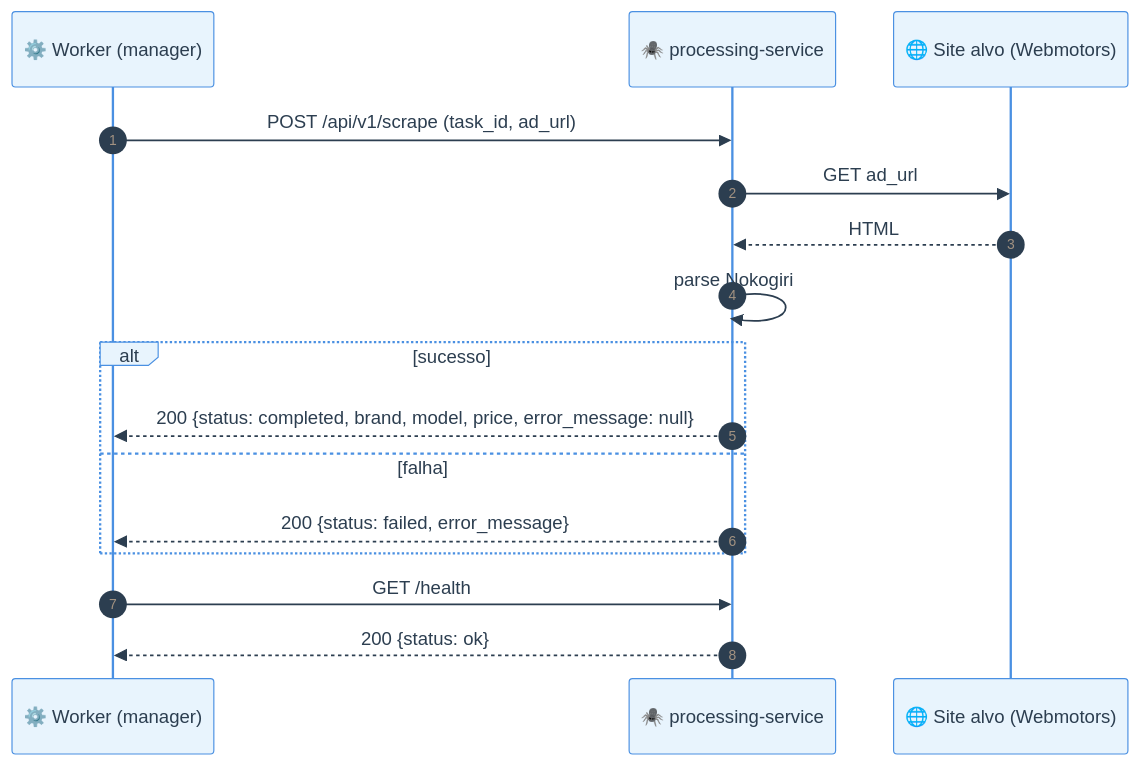
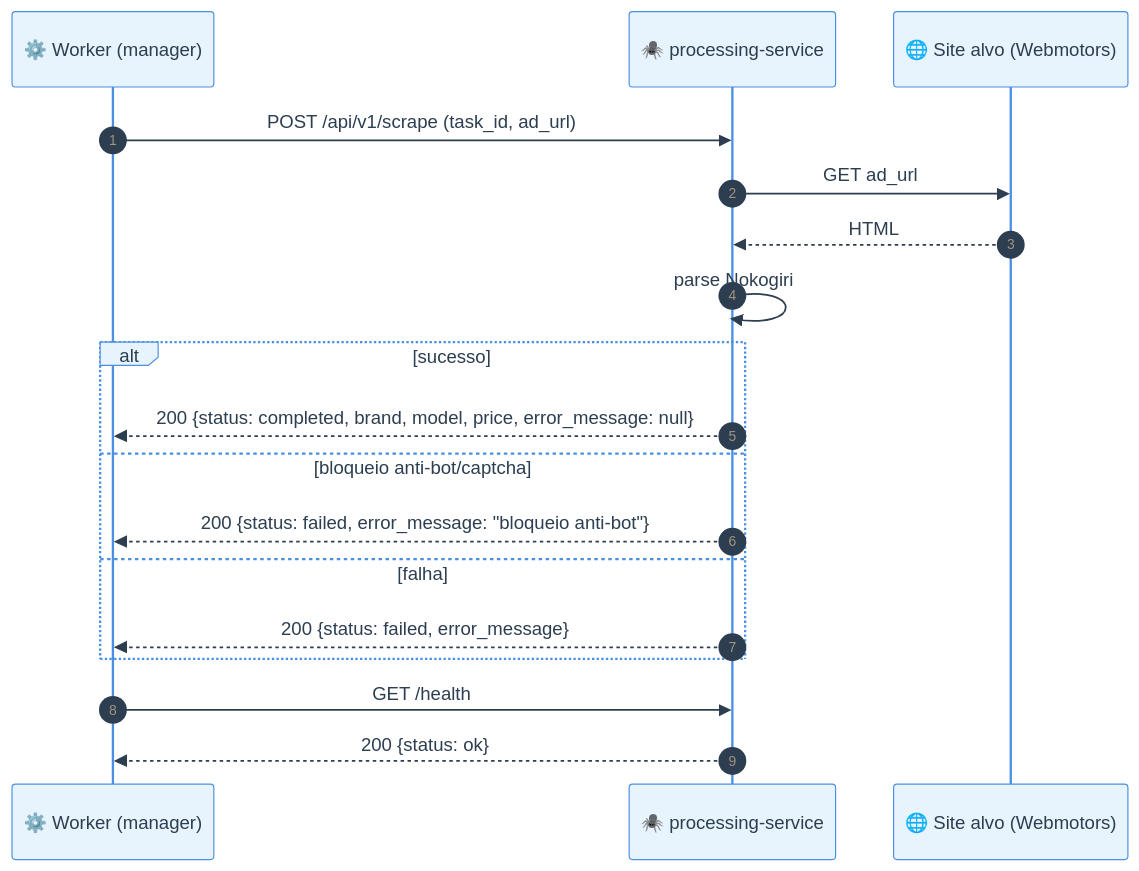
The fifth of 6 diagrams in README.md (enogrob/c2s-webscraping-rails), drawn with Mermaid before and after one commit. The commit also changed other lines of this file, not shown here.

````diff
--- a/README.md
+++ b/README.md
@@ -192,33 +197,35 @@
 ```mermaid
 %%{init: {
 	'theme':'base',
 	'themeVariables': {
 		'primaryColor':'#E8F4FD',
 		'primaryBorderColor':'#4A90E2',
 		'primaryTextColor':'#2C3E50',
 		'secondaryColor':'#F0F8E8',
 		'tertiaryColor':'#FDF2E8',
 		'quaternaryColor':'#F8E8F8',
 		'lineColor':'#5D6D7E',
 		'fontFamily':'Inter,Segoe UI,Arial'
 	}
 }}%%
 sequenceDiagram
 	autonumber
 	participant W as ⚙️ Worker (manager)
 	participant P as 🕷️ processing-service
 	participant S as 🌐 Site alvo (Webmotors)
 
 	W->>P: POST /api/v1/scrape (task_id, ad_url)
 	P->>S: GET ad_url
 	S-->>P: HTML
 	P->>P: parse Nokogiri
 	alt sucesso
 		P-->>W: 200 {status: completed, brand, model, price, error_message: null}
+	else bloqueio anti-bot/captcha
+		P-->>W: 200 {status: failed, error_message: "bloqueio anti-bot"}
 	else falha
 		P-->>W: 200 {status: failed, error_message}
 	end
 
 	W->>P: GET /health
 	P-->>W: 200 {status: ok}
 ```
````
